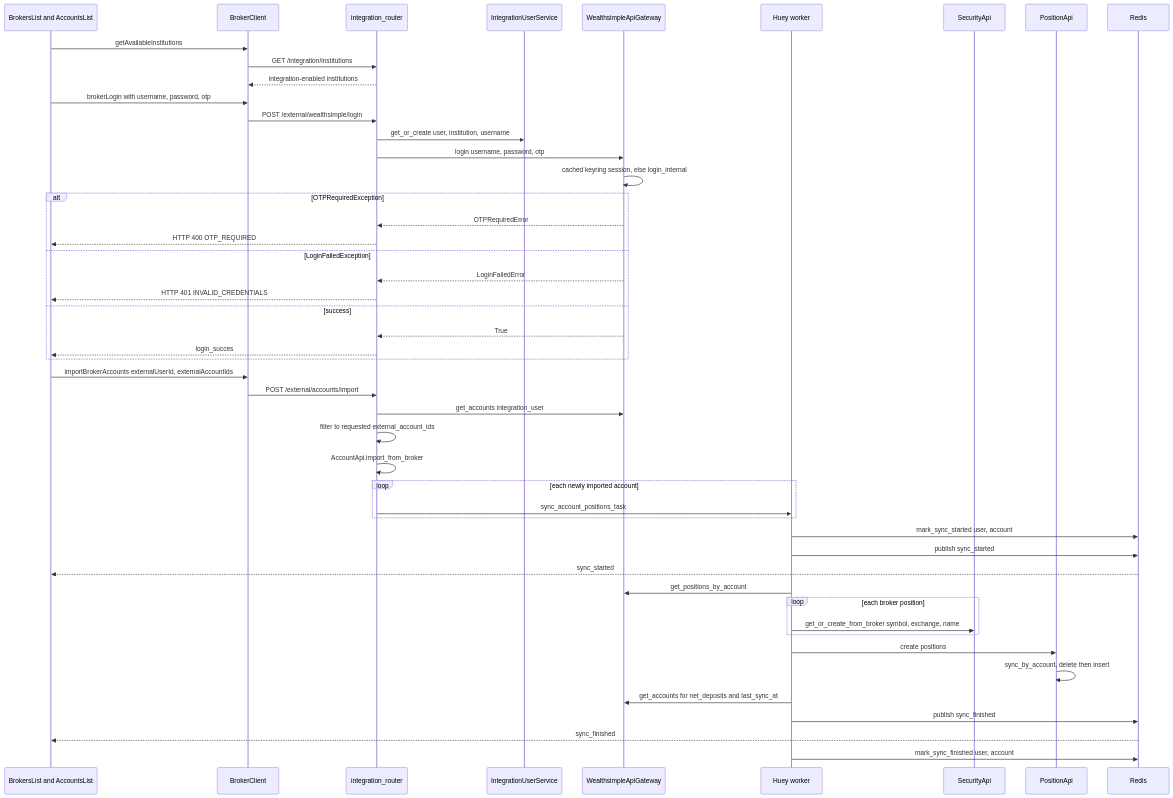
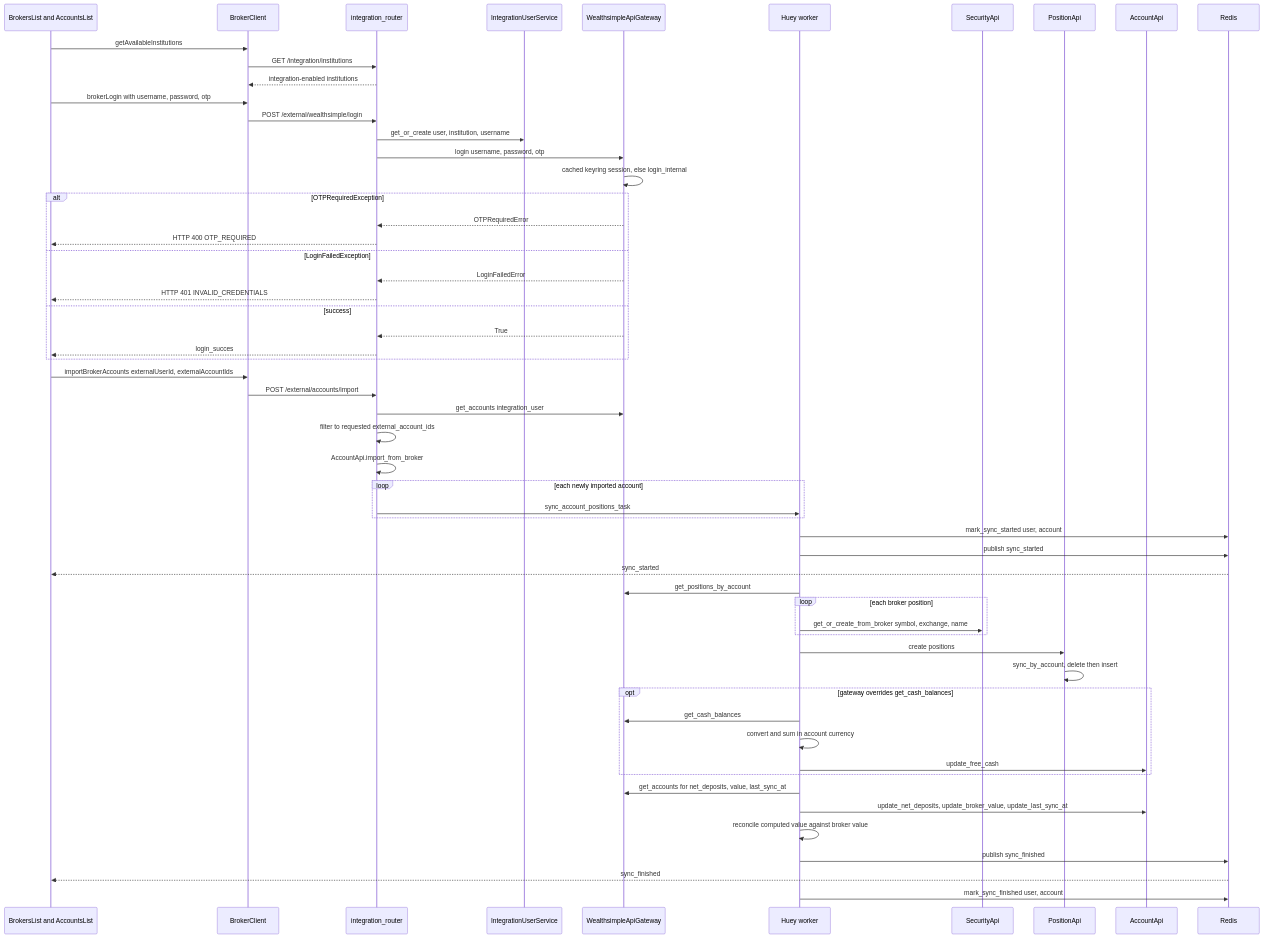
Before and after one commit to havekes/retail-portfolio: the first of 2 diagrams in openwiki/workflows/broker-sync.md, drawn with Mermaid. The commit also changed other lines of this file and 57 other files, not shown here.

````diff
--- a/openwiki/workflows/broker-sync.md
+++ b/openwiki/workflows/broker-sync.md
@@ -124,52 +138,60 @@
 ```mermaid
 sequenceDiagram
     participant UI as BrokersList and AccountsList
     participant BC as BrokerClient
     participant R as integration_router
     participant SVC as IntegrationUserService
     participant GW as WealthsimpleApiGateway
     participant Q as Huey worker
     participant API as SecurityApi
     participant P as PositionApi
+    participant AA as AccountApi
     participant X as Redis
 
     UI->>BC: getAvailableInstitutions
     BC->>R: GET /integration/institutions
     R-->>BC: integration-enabled institutions
     UI->>BC: brokerLogin with username, password, otp
     BC->>R: POST /external/wealthsimple/login
     R->>SVC: get_or_create user, institution, username
     R->>GW: login username, password, otp
     GW->>GW: cached keyring session, else login_internal
     alt OTPRequiredException
         GW-->>R: OTPRequiredError
         R-->>UI: HTTP 400 OTP_REQUIRED
     else LoginFailedException
         GW-->>R: LoginFailedError
         R-->>UI: HTTP 401 INVALID_CREDENTIALS
     else success
         GW-->>R: True
         R-->>UI: login_succes
     end
     UI->>BC: importBrokerAccounts externalUserId, externalAccountIds
     BC->>R: POST /external/accounts/import
     R->>GW: get_accounts integration_user
     R->>R: filter to requested external_account_ids
     R->>R: AccountApi.import_from_broker
     loop each newly imported account
         R->>Q: sync_account_positions_task
     end
     Q->>X: mark_sync_started user, account
     Q->>X: publish sync_started
     X-->>UI: sync_started
     Q->>GW: get_positions_by_account
     loop each broker position
         Q->>API: get_or_create_from_broker symbol, exchange, name
     end
     Q->>P: create positions
     P->>P: sync_by_account, delete then insert
-    Q->>GW: get_accounts for net_deposits and last_sync_at
+    opt gateway overrides get_cash_balances
+        Q->>GW: get_cash_balances
+        Q->>Q: convert and sum in account currency
+        Q->>AA: update_free_cash
+    end
+    Q->>GW: get_accounts for net_deposits, value, last_sync_at
+    Q->>AA: update_net_deposits, update_broker_value, update_last_sync_at
+    Q->>Q: reconcile computed value against broker value
     Q->>X: publish sync_finished
     X-->>UI: sync_finished
     Q->>X: mark_sync_finished user, account
 ```
````
